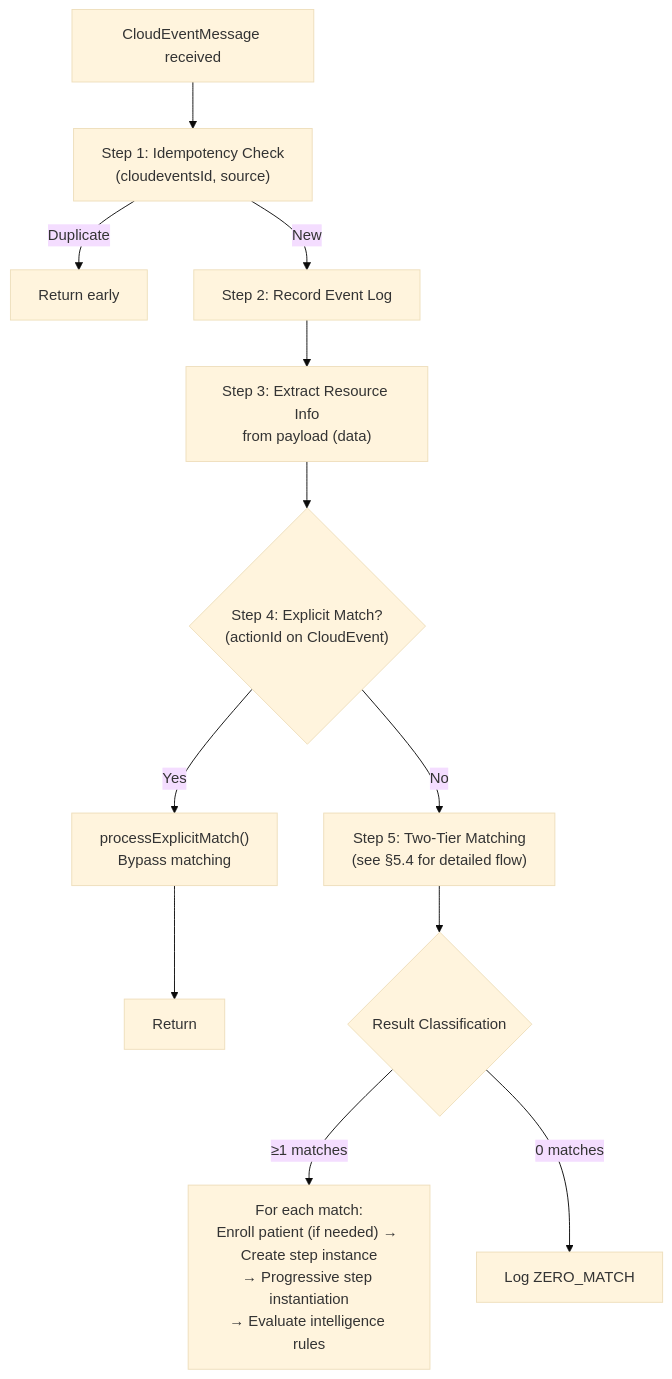
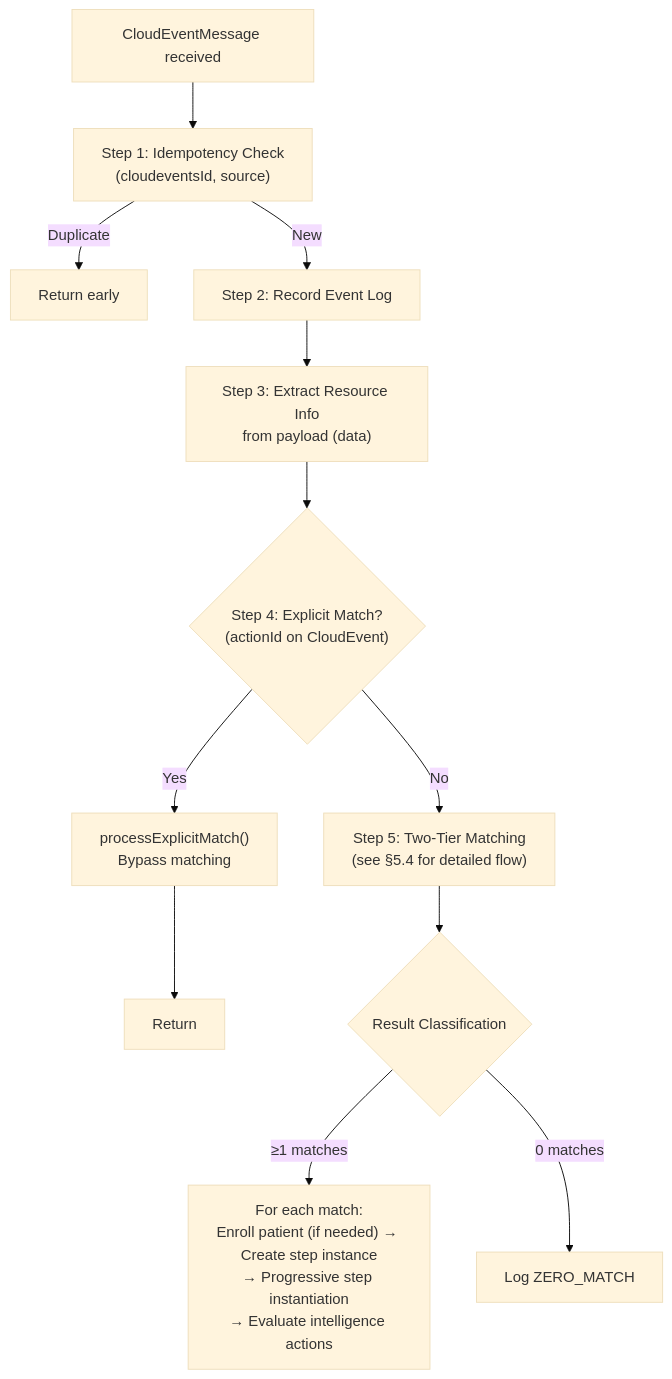
The fourth of 8 diagrams in docs/architecture-overview.md (Jayaprakash8887/cce-compliance-service), drawn with Mermaid (base theme) before and after one commit. The commit also changed other lines of this file and 4 other files, not shown here.

````diff
--- a/docs/architecture-overview.md
+++ b/docs/architecture-overview.md
@@ -210,22 +210,22 @@
 ```mermaid
 flowchart TD
     START["CloudEventMessage received"] --> S1
 
     S1["Step 1: Idempotency Check<br/>(cloudeventsId, source)"]
     S1 -->|"Duplicate"| DUP["Return early"]
     S1 -->|"New"| S2
 
     S2["Step 2: Record Event Log"] --> S3
     S3["Step 3: Extract Resource Info<br/>from payload (data)"] --> EXPL
 
     EXPL{"Step 4: Explicit Match?<br/>(actionId on CloudEvent)"}
     EXPL -->|"Yes"| EXPLM["processExplicitMatch()<br/>Bypass matching"]
     EXPL -->|"No"| S5
     EXPLM --> DONE["Return"]
 
     S5["Step 5: Two-Tier Matching<br/>(see §5.4 for detailed flow)"] --> S6
 
     S6{"Result Classification"}
-    S6 -->|"≥1 matches"| MATCH["For each match:<br/>Enroll patient (if needed) → Create step instance<br/>→ Progressive step instantiation<br/>→ Evaluate intelligence rules"]
+    S6 -->|"≥1 matches"| MATCH["For each match:<br/>Enroll patient (if needed) → Create step instance<br/>→ Progressive step instantiation<br/>→ Evaluate intelligence actions"]
     S6 -->|"0 matches"| ZERO["Log ZERO_MATCH"]
 ```
````
